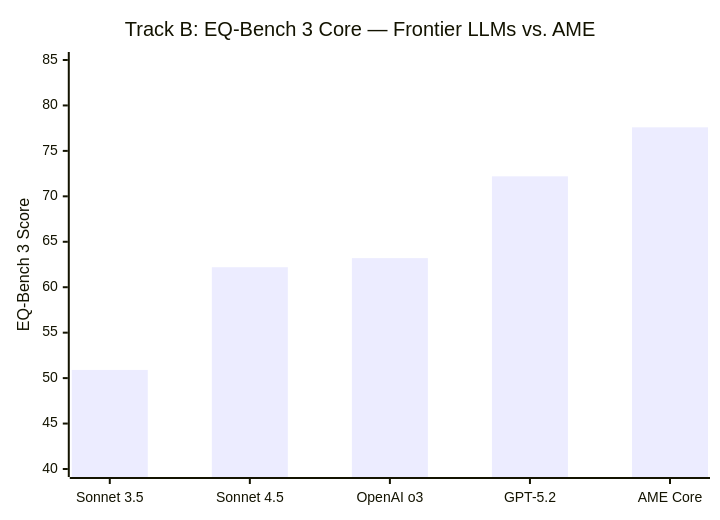
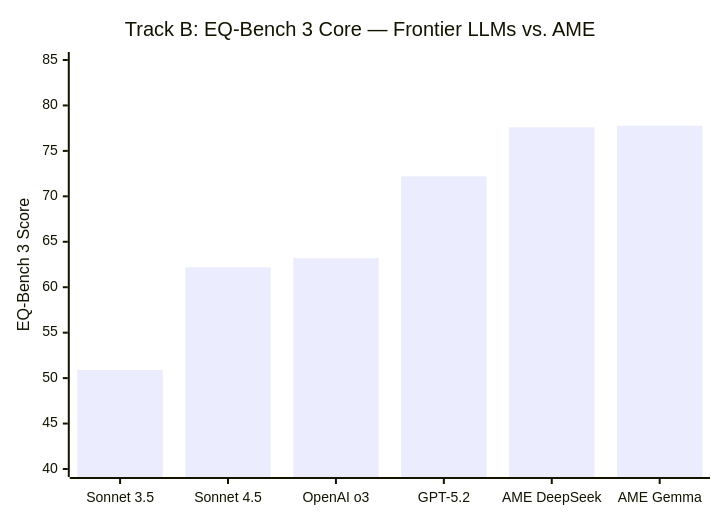
Before and after one commit to bearrhee/artificial-mind-engine: the third of 7 diagrams in docs/benchmarks.md, drawn with Mermaid. The commit also changed other lines of this file and 7 other files, not shown here.

Commit message:
docs: add Gemma 4 26B benchmarks, standout charts, and contact info

````diff
--- a/docs/benchmarks.md
+++ b/docs/benchmarks.md
@@ -91,7 +99,7 @@
 ```mermaid
 xychart-beta
   title "Track B: EQ-Bench 3 Core — Frontier LLMs vs. AME"
-  x-axis ["Sonnet 3.5", "Sonnet 4.5", "OpenAI o3", "GPT-5.2", "AME Core"]
+  x-axis ["Sonnet 3.5", "Sonnet 4.5", "OpenAI o3", "GPT-5.2", "AME DeepSeek", "AME Gemma"]
   y-axis "EQ-Bench 3 Score" 40 --> 85
-  bar [50.9, 62.2, 63.2, 72.2, 77.59]
+  bar [50.9, 62.2, 63.2, 72.2, 77.59, 77.77]
 ```
````
